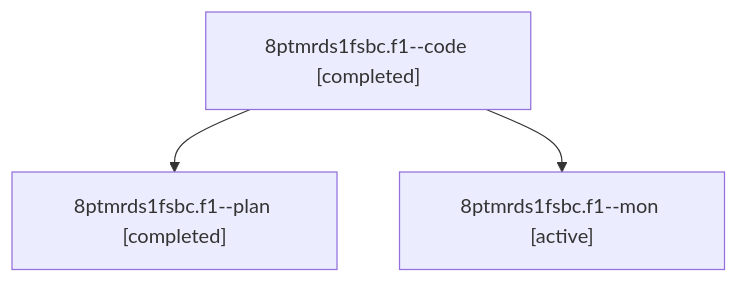
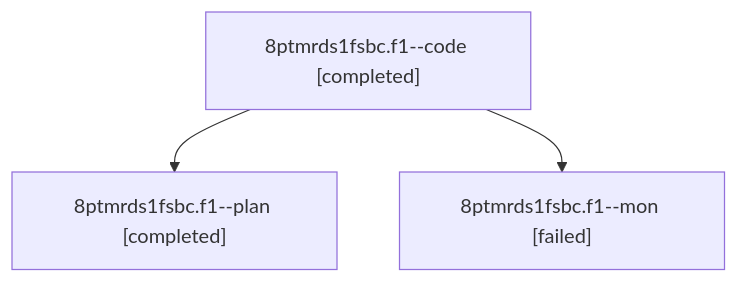
One commit to sase-org/sase--agents changed the diagram in sessions/bbugyi200.athena.8ptmrds1fsbc.f1.md. Above: the diagram before and after it, drawn with Mermaid. The commit also changed other lines of this file and 5 other files, not shown here.

````diff
--- a/sessions/bbugyi200.athena.8ptmrds1fsbc.f1.md
+++ b/sessions/bbugyi200.athena.8ptmrds1fsbc.f1.md
@@ -9,8 +9,8 @@
 ```mermaid
 flowchart TD
   n0["8ptmrds1fsbc.f1--code [completed]"]
   n1["8ptmrds1fsbc.f1--plan [completed]"]
   n0 --> n1
-  n2["8ptmrds1fsbc.f1--mon [active]"]
+  n2["8ptmrds1fsbc.f1--mon [failed]"]
   n0 --> n2
 ```
````
